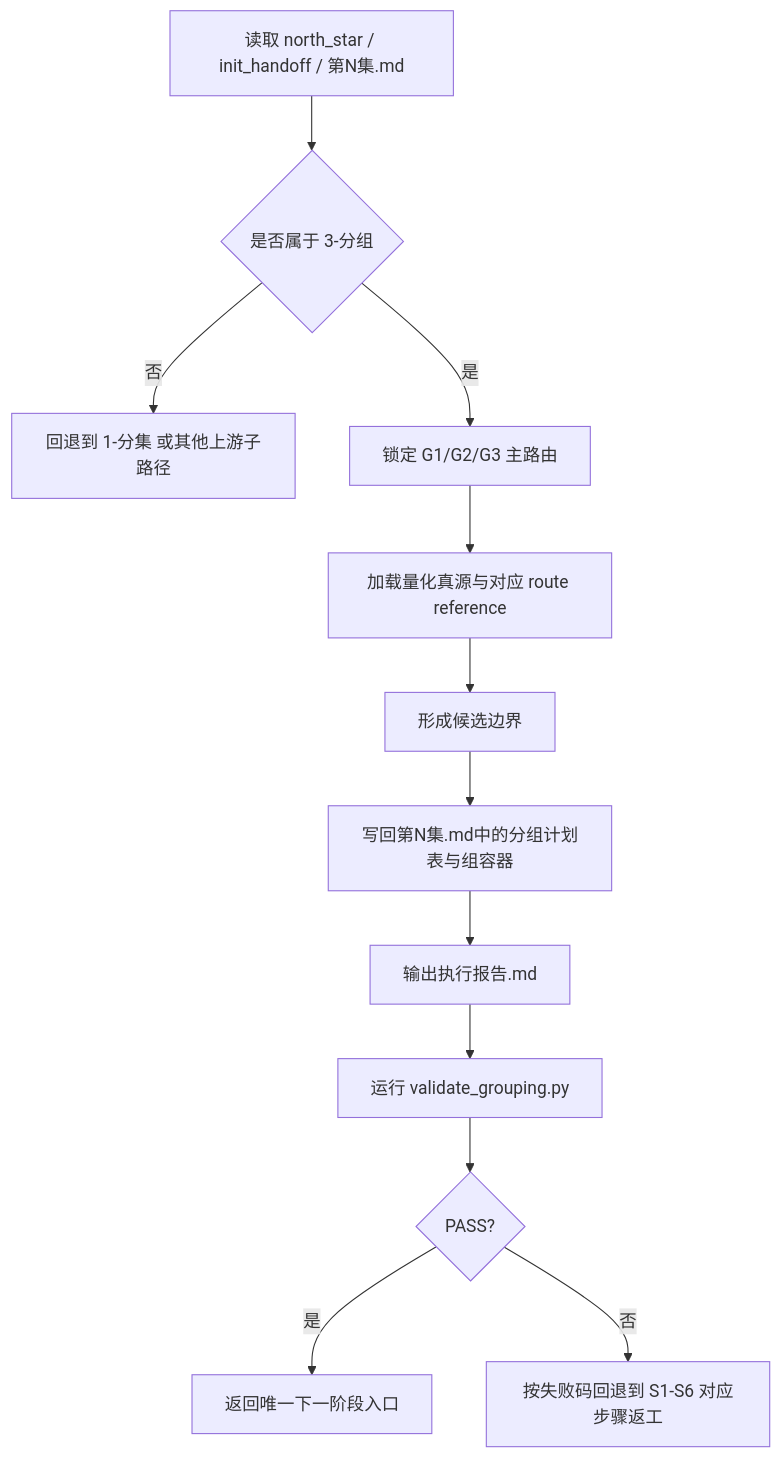
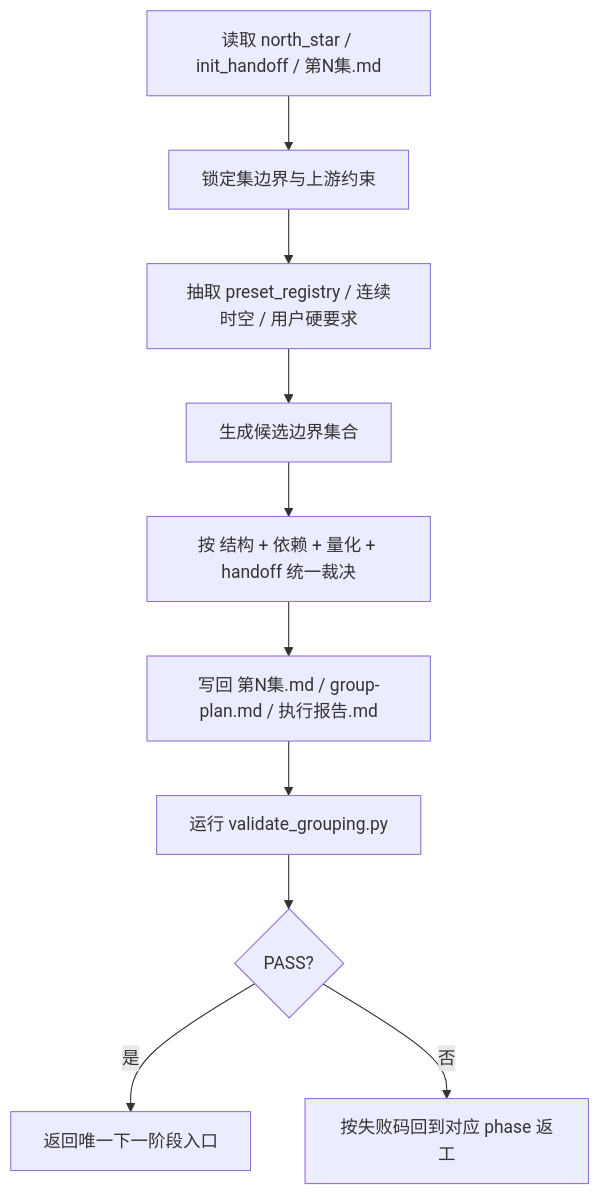
Before and after one commit to ZEN-VOID/AI-CUT: the diagram in .agents/skills/aigc/1-规划/subtypes/3-分组/references/execution-flow.md, drawn with Mermaid. The commit also changed other lines of this file and 54 other files, not shown here.

````diff
--- a/.agents/skills/aigc/1-规划/subtypes/3-分组/references/execution-flow.md
+++ b/.agents/skills/aigc/1-规划/subtypes/3-分组/references/execution-flow.md
@@ -20,14 +20,12 @@
 ```mermaid
 flowchart TD
-    A["读取 north_star / init_handoff / 第N集.md"] --> B{"是否属于 3-分组"}
-    B -->|"否"| C["回退到 1-分集 或其他上游子路径"]
-    B -->|"是"| D["锁定 G1/G2/G3 主路由"]
-    D --> E["加载量化真源与对应 route reference"]
-    E --> F["形成候选边界"]
-    F --> G["写回第N集.md中的分组计划表与组容器"]
-    G --> H["输出执行报告.md"]
-    H --> I["运行 validate_grouping.py"]
-    I --> J{"PASS?"}
-    J -->|"是"| K["返回唯一下一阶段入口"]
-    J -->|"否"| L["按失败码回退到 S1-S6 对应步骤返工"]
+    A["读取 north_star / init_handoff / 第N集.md"] --> B["锁定集边界与上游约束"]
+    B --> C["抽取 preset_registry / 连续时空 / 用户硬要求"]
+    C --> D["生成候选边界集合"]
+    D --> E["按 结构 + 依赖 + 量化 + handoff 统一裁决"]
+    E --> F["写回 第N集.md / group-plan.md / 执行报告.md"]
+    F --> G["运行 validate_grouping.py"]
+    G --> H{"PASS?"}
+    H -->|"是"| I["返回唯一下一阶段入口"]
+    H -->|"否"| J["按失败码回到对应 phase 返工"]
 ```
````
